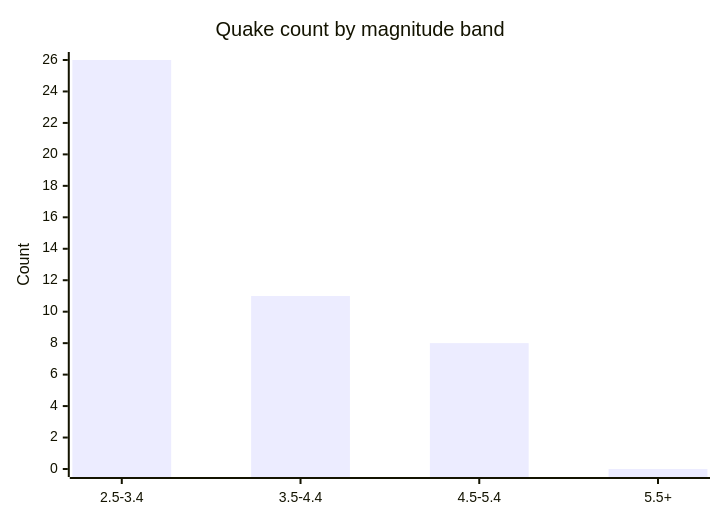
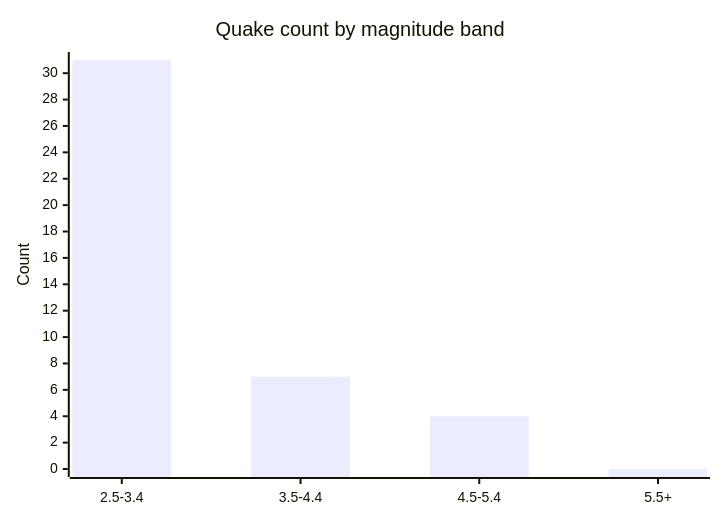
One commit to Midwest-Stratospheric/aerostratospheric-defense-gir changed the fifth of 6 diagrams in docs/GRAPHS.md. Above: the diagram before and after it, drawn with Mermaid. The commit also changed other lines of this file and 26 other files, not shown here.

````diff
--- a/docs/GRAPHS.md
+++ b/docs/GRAPHS.md
@@ -82,7 +82,7 @@
 ```mermaid
 xychart-beta
   title "Quake count by magnitude band"
   x-axis ["2.5-3.4", "3.5-4.4", "4.5-5.4", "5.5+"]
-  y-axis "Count" 0 --> 26
-  bar [26, 11, 8, 0]
+  y-axis "Count" 0 --> 31
+  bar [31, 7, 4, 0]
 ```
````
